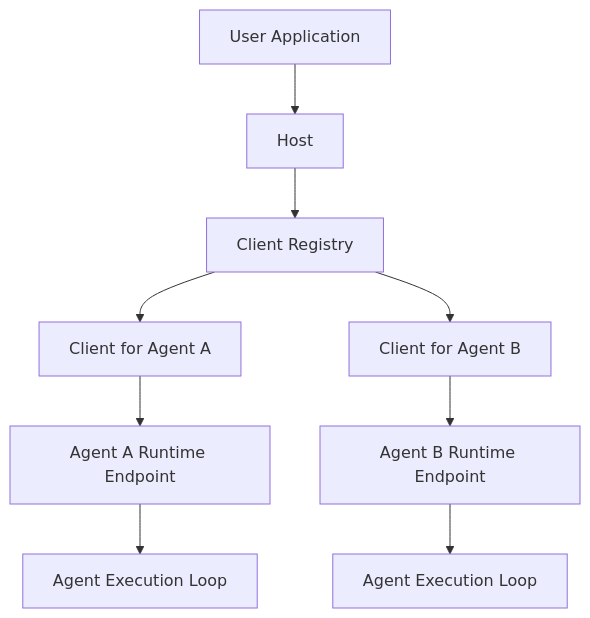
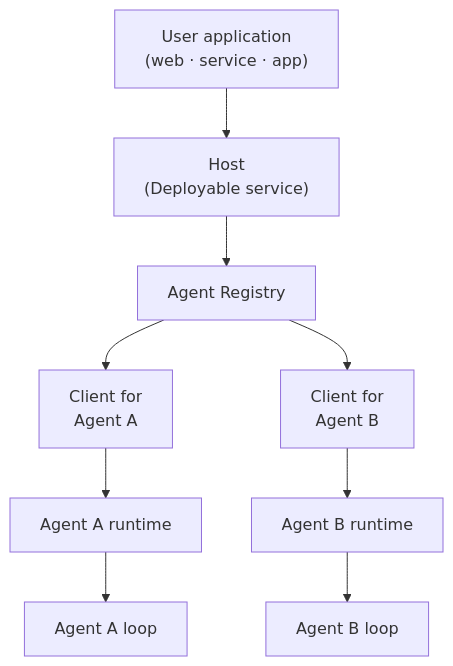
Before and after one commit to imsid/mashpy: the first of 3 diagrams in docs/rfcs/host-to-agent-protocol.md, drawn with Mermaid. The commit also changed 5 other files, not shown here.

````diff
--- a/docs/rfcs/host-to-agent-protocol.md
+++ b/docs/rfcs/host-to-agent-protocol.md
@@ -74,11 +74,11 @@
 ```mermaid
 flowchart TD
-    U["User Application"] --> H["Host"]
-    H --> R["Client Registry"]
-    R --> C1["Client for Agent A"]
-    R --> C2["Client for Agent B"]
-    C1 --> A1["Agent A Runtime Endpoint"]
-    C2 --> A2["Agent B Runtime Endpoint"]
-    A1 --> E1["Agent Execution Loop"]
-    A2 --> E2["Agent Execution Loop"]
+    U["User application<br/>(web · service · app)"] --> H["Host<br/>(Deployable service)"]
+    H --> R["Agent Registry"]
+    R --> C1["Client for <br/>Agent A"]
+    R --> C2["Client for <br/>Agent B"]
+    C1 --> A1["Agent A runtime"]
+    C2 --> A2["Agent B runtime"]
+    A1 --> E1["Agent A loop"]
+    A2 --> E2["Agent B loop"]
 ```
````
